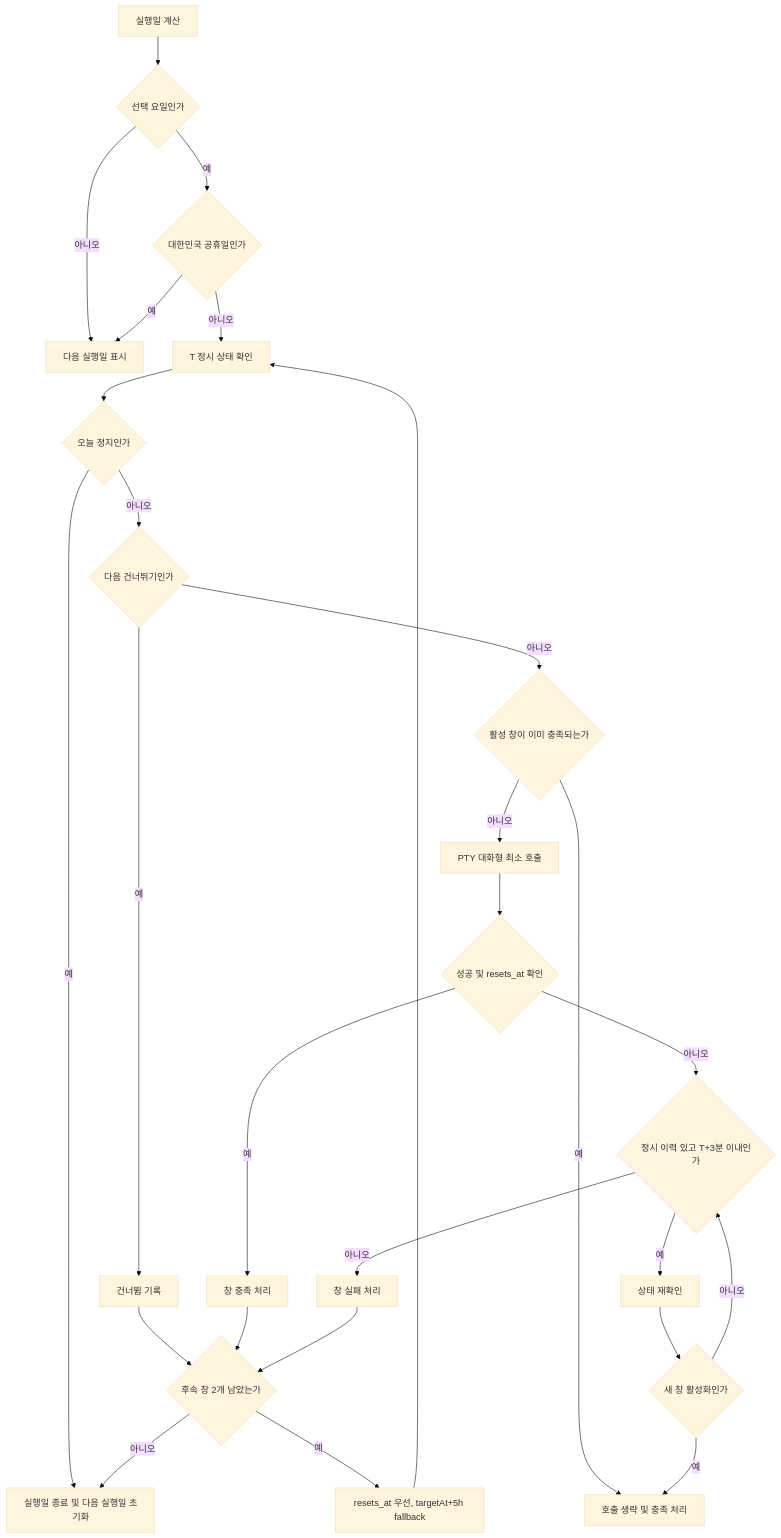
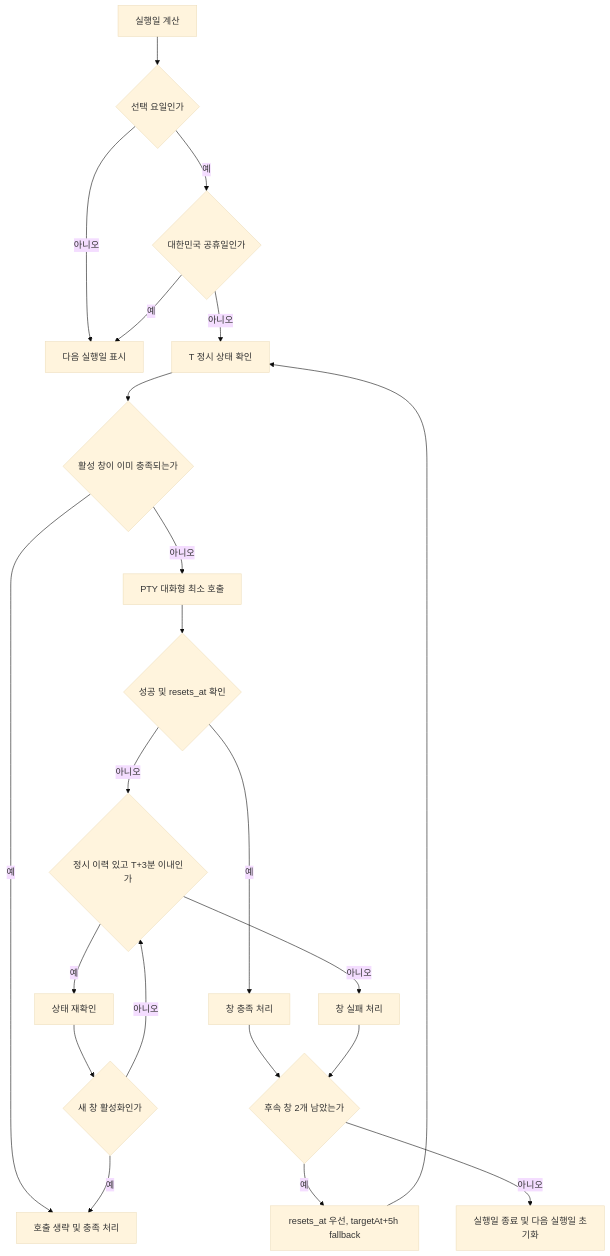
Before and after one commit to Sharknia/claude-session: the diagram in 02_USER_FLOW.md, drawn with Mermaid (base theme). The commit also changed other lines of this file and 11 other files, not shown here.

````diff
--- a/02_USER_FLOW.md
+++ b/02_USER_FLOW.md
@@ -110,29 +106,24 @@
 ```mermaid
 flowchart TD
     A[실행일 계산] --> B{선택 요일인가}
     B -- 아니오 --> Z[다음 실행일 표시]
     B -- 예 --> C{대한민국 공휴일인가}
     C -- 예 --> Z
     C -- 아니오 --> D[T 정시 상태 확인]
-    D --> E{오늘 정지인가}
-    E -- 예 --> R[실행일 종료 및 다음 실행일 초기화]
-    E -- 아니오 --> E2{다음 건너뛰기인가}
-    E2 -- 예 --> S[건너뜀 기록]
-    S --> P
-    E2 -- 아니오 --> F{활성 창이 이미 충족되는가}
+    D --> F{활성 창이 이미 충족되는가}
     F -- 예 --> G[호출 생략 및 충족 처리]
     F -- 아니오 --> J[PTY 대화형 최소 호출]
     J --> K{성공 및 resets_at 확인}
     K -- 예 --> L[창 충족 처리]
     K -- 아니오 --> M{정시 이력 있고 T+3분 이내인가}
     M -- 예 --> N[상태 재확인]
     N --> I{새 창 활성화인가}
     I -- 예 --> G
     I -- 아니오 --> M
     M -- 아니오 --> O[창 실패 처리]
     L --> P{후속 창 2개 남았는가}
     O --> P
     P -- 예 --> Q[resets_at 우선, targetAt+5h fallback]
     Q --> D
     P -- 아니오 --> R[실행일 종료 및 다음 실행일 초기화]
 ```
````
